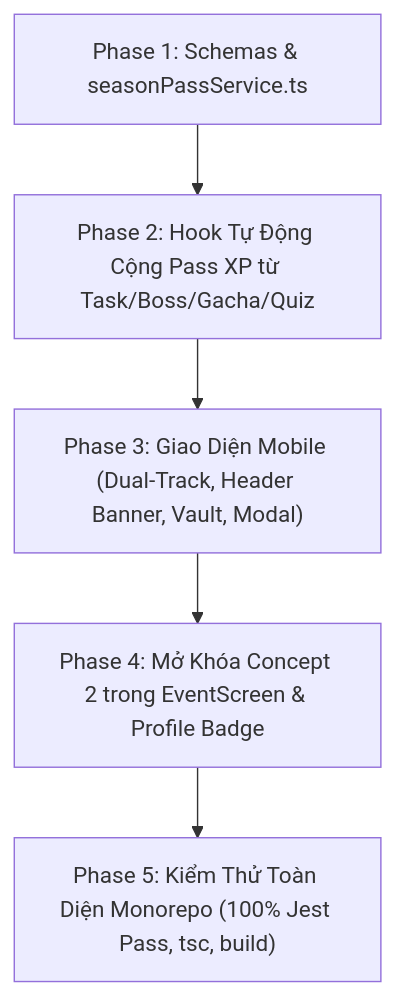
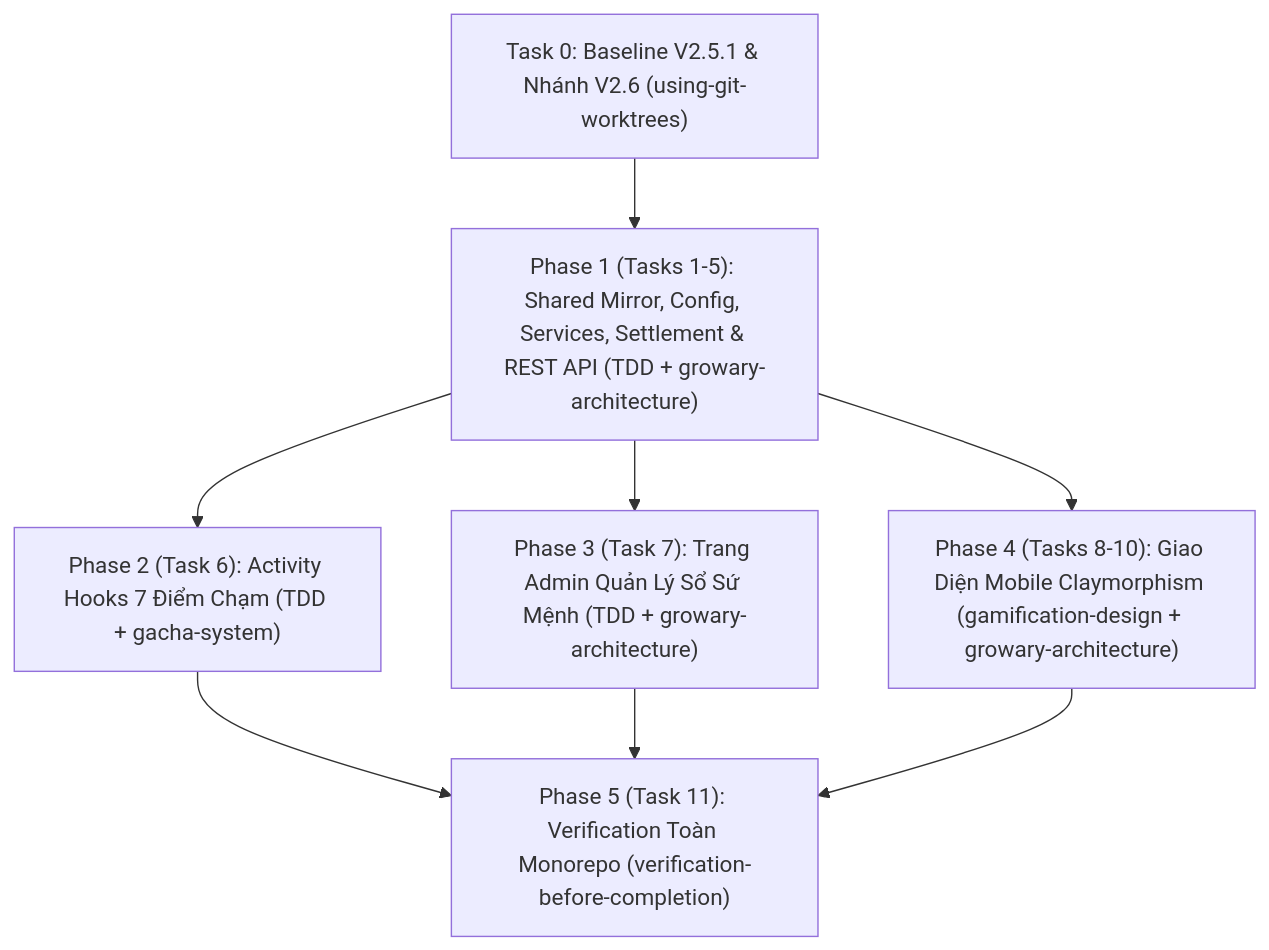
Before and after one commit to NgoHungSo1510/Growary: the diagram in plan update/v2/v2.6-seasonal-battlepass.md, drawn with Mermaid. The commit also changed other lines of this file and 54 other files, not shown here.

````diff
--- a/plan update/v2/v2.6-seasonal-battlepass.md
+++ b/plan update/v2/v2.6-seasonal-battlepass.md
@@ -33,7 +53,10 @@
 ```mermaid
 graph TD
-    A["Phase 1: Schemas & seasonPassService.ts"] --> B["Phase 2: Hook Tự Động Cộng Pass XP từ Task/Boss/Gacha/Quiz"]
-    B --> C["Phase 3: Giao Diện Mobile (Dual-Track, Header Banner, Vault, Modal)"]
-    C --> D["Phase 4: Mở Khóa Concept 2 trong EventScreen & Profile Badge"]
-    D --> E["Phase 5: Kiểm Thử Toàn Diện Monorepo (100% Jest Pass, tsc, build)"]
+    T0["Task 0: Baseline V2.5.1 & Nhánh V2.6 (using-git-worktrees)"] --> P1["Phase 1 (Tasks 1-5): Shared Mirror, Config, Services, Settlement & REST API (TDD + growary-architecture)"]
+    P1 --> P2["Phase 2 (Task 6): Activity Hooks 7 Điểm Chạm (TDD + gacha-system)"]
+    P1 --> P3["Phase 3 (Task 7): Trang Admin Quản Lý Sổ Sứ Mệnh (TDD + growary-architecture)"]
+    P1 --> P4["Phase 4 (Tasks 8-10): Giao Diện Mobile Claymorphism (gamification-design + growary-architecture)"]
+    P2 --> P5["Phase 5 (Task 11): Verification Toàn Monorepo (verification-before-completion)"]
+    P3 --> P5
+    P4 --> P5
 ```
````
